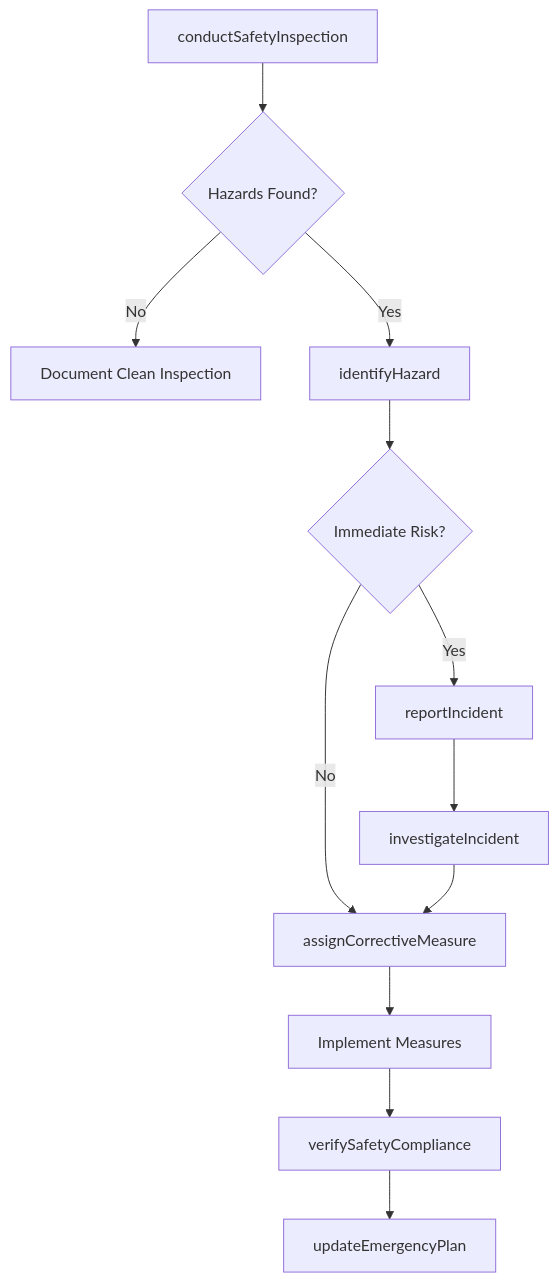
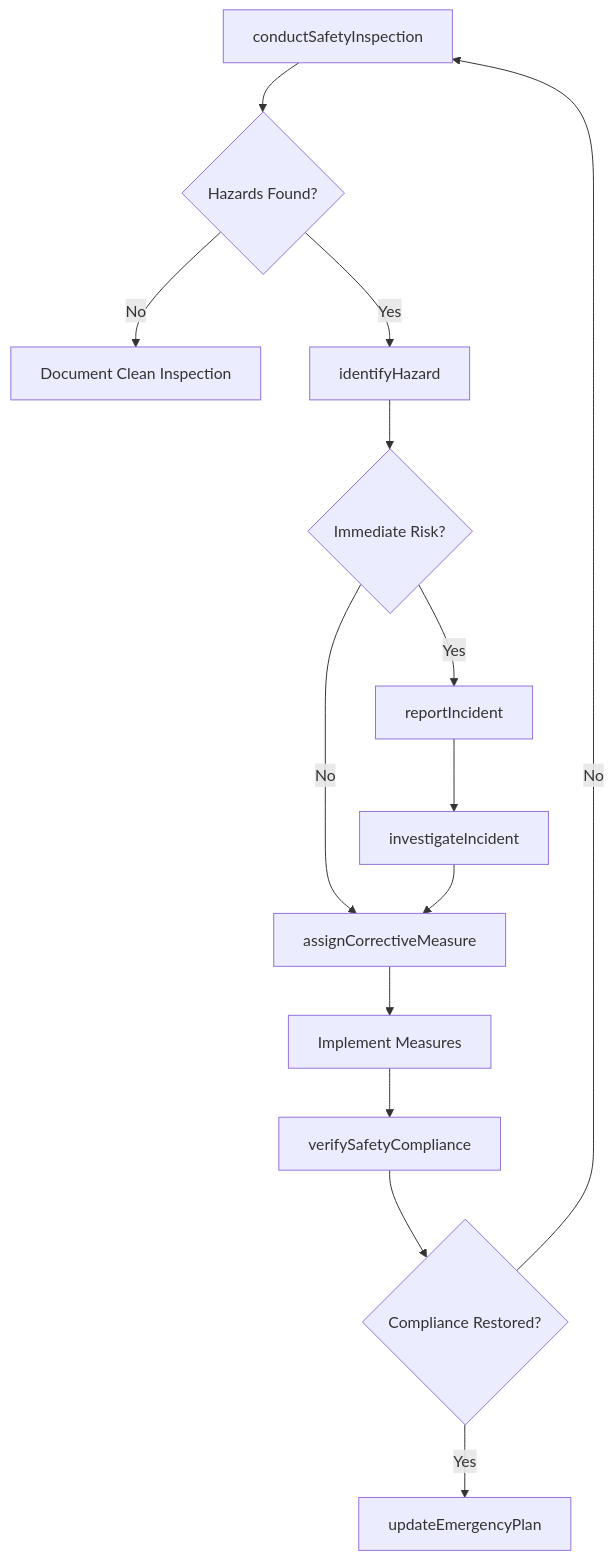
The third of 4 diagrams in MonitoringProcessesMaterialsOrSurroundings/MonitorOperationsToEnsureComplianceWithRegulationsOrStandards/MonitorOperationsEnsureComplianceSafety.mdx (dot-org-ai/tasks.org.ai), drawn with Mermaid before and after one commit. The commit also changed other lines of this file and 307 other files, not shown here.

First line of the commit message:
feat: Add ER diagrams and state diagrams to remaining 308 DWA task files (wave 3 complete)

````diff
--- a/MonitoringProcessesMaterialsOrSurroundings/MonitorOperationsToEnsureComplianceWithRegulationsOrStandards/MonitorOperationsEnsureComplianceSafety.mdx
+++ b/MonitoringProcessesMaterialsOrSurroundings/MonitorOperationsToEnsureComplianceWithRegulationsOrStandards/MonitorOperationsEnsureComplianceSafety.mdx
@@ -87,14 +116,16 @@
 ```mermaid
 graph TD
     A[conductSafetyInspection] --> B{Hazards Found?}
     B -->|No| C[Document Clean Inspection]
     B -->|Yes| D[identifyHazard]
     D --> E{Immediate Risk?}
     E -->|Yes| F[reportIncident]
     F --> G[investigateIncident]
     E -->|No| H[assignCorrectiveMeasure]
     G --> H
     H --> I[Implement Measures]
     I --> J[verifySafetyCompliance]
-    J --> K[updateEmergencyPlan]
+    J --> K{Compliance Restored?}
+    K -->|Yes| L[updateEmergencyPlan]
+    K -->|No| A
 ```
````
